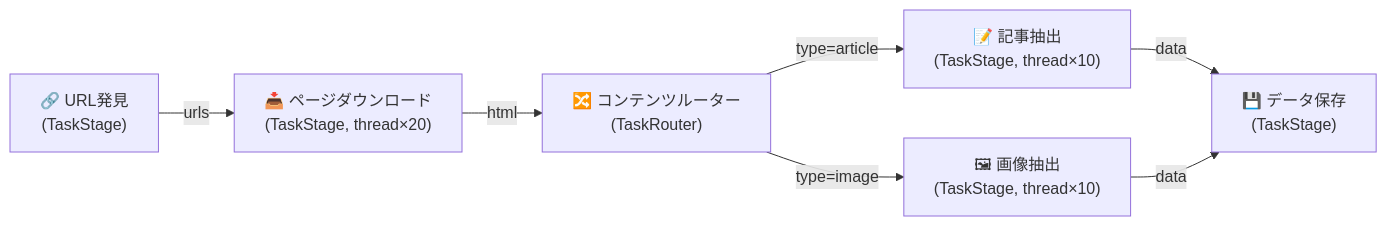
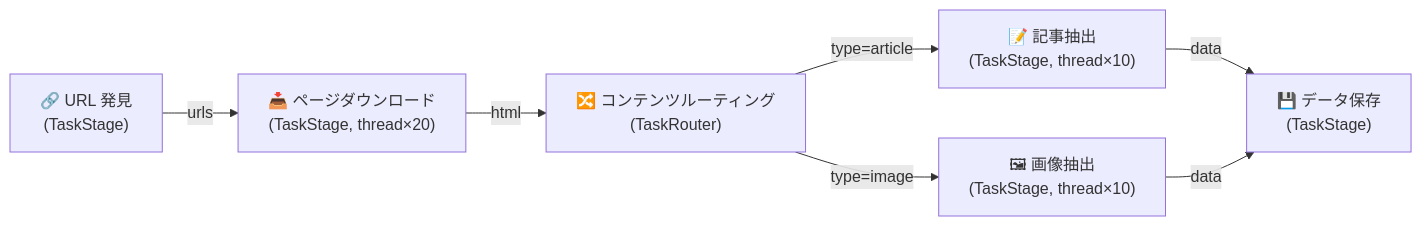
Before and after one commit to Mr-xiaotian/CelestialFlow: the eighth of 9 diagrams in docs/ja/presentation.md, drawn with Mermaid. The commit also changed other lines of this file and 278 other files, not shown here.

````diff
--- a/docs/ja/presentation.md
+++ b/docs/ja/presentation.md
@@ -559,9 +559,9 @@
 ```mermaid
 graph LR
-    A["🔗 URL発見<br/>(TaskStage)"] -->|urls| B["📥 ページダウンロード<br/>(TaskStage, thread×20)"]
-    B -->|html| C["🔀 コンテンツルーター<br/>(TaskRouter)"]
+    A["🔗 URL 発見<br/>(TaskStage)"] -->|urls| B["📥 ページダウンロード<br/>(TaskStage, thread×20)"]
+    B -->|html| C["🔀 コンテンツルーティング<br/>(TaskRouter)"]
     C -->|type=article| D["📝 記事抽出<br/>(TaskStage, thread×10)"]
     C -->|type=image| E["🖼 画像抽出<br/>(TaskStage, thread×10)"]
     D -->|data| F["💾 データ保存<br/>(TaskStage)"]
     E -->|data| F
 ```
````
